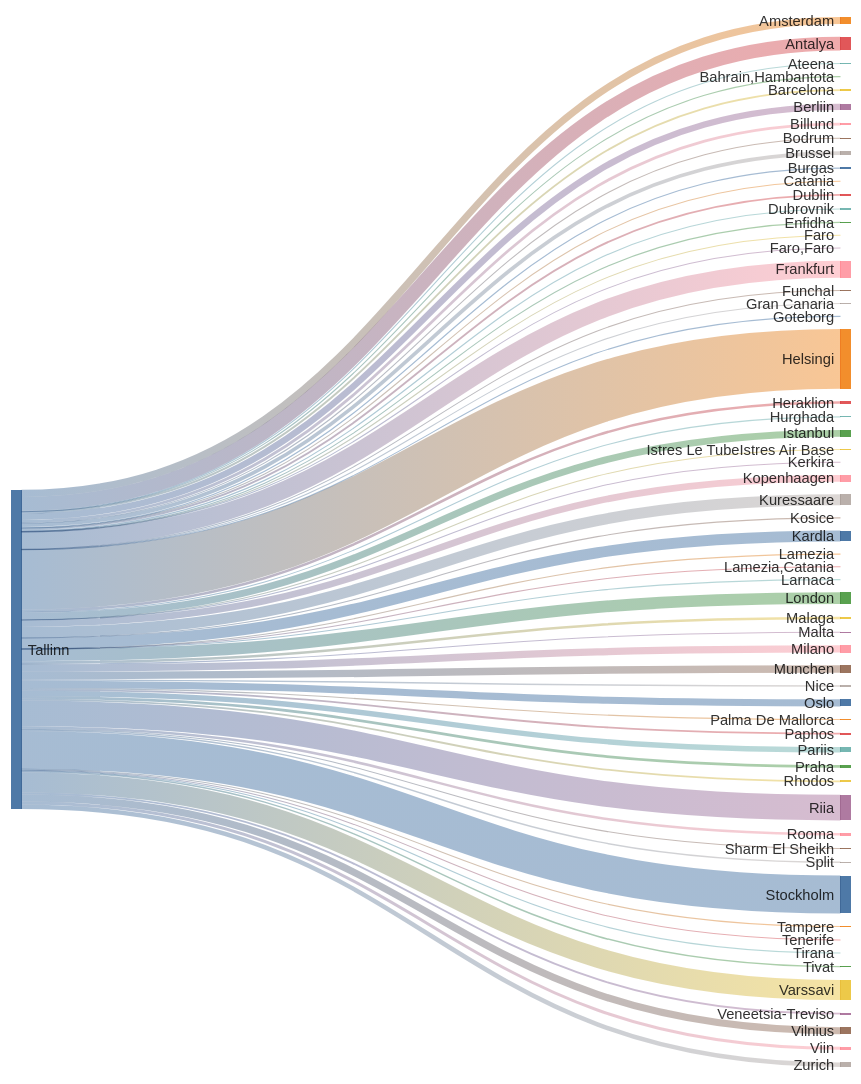
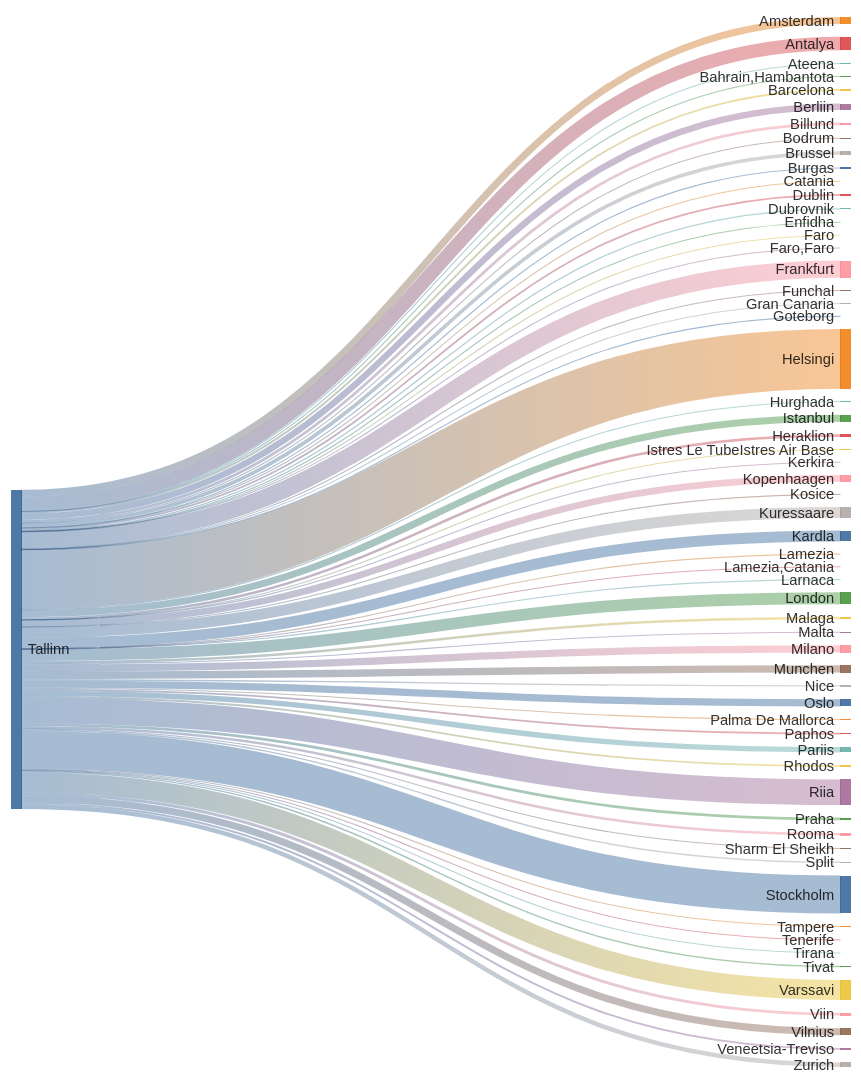
The second of 2 diagrams in README.md (rainermesi/tll-airport-departures), drawn with Mermaid before and after one commit. The commit also changed other lines of this file, not shown here.

````diff
--- a/README.md
+++ b/README.md
@@ -34,72 +34,72 @@
 ```mermaid
 ---
 config:
   sankey:
     showValues: false
     width: 800
     height: 1000
 ---
 sankey-beta
 %% source,target,value
-Tallinn,Amsterdam,126
+Tallinn,Amsterdam,127
 Tallinn,Antalya,247
 Tallinn,Ateena,16
 Tallinn,"Bahrain,Hambantota",1
-Tallinn,Barcelona,33
-Tallinn,Berliin,114
+Tallinn,Barcelona,34
+Tallinn,Berliin,115
 Tallinn,Billund,49
 Tallinn,Bodrum,11
-Tallinn,Brussel,65
+Tallinn,Brussel,66
 Tallinn,Burgas,21
 Tallinn,Catania,2
 Tallinn,Dublin,33
 Tallinn,Dubrovnik,21
 Tallinn,Enfidha,7
 Tallinn,Faro,4
 Tallinn,"Faro,Faro",1
-Tallinn,Frankfurt,306
+Tallinn,Frankfurt,309
 Tallinn,Funchal,5
-Tallinn,Gran Canaria,8
+Tallinn,Gran Canaria,9
 Tallinn,Goteborg,1
-Tallinn,Helsingi,1065
+Tallinn,Helsingi,1074
 Tallinn,Heraklion,46
 Tallinn,Hurghada,15
-Tallinn,Istanbul,123
+Tallinn,Istanbul,125
 Tallinn,Istres Le TubeIstres Air Base,2
 Tallinn,Kerkira,4
-Tallinn,Kopenhaagen,120
+Tallinn,Kopenhaagen,121
 Tallinn,Kosice,1
-Tallinn,Kuressaare,196
-Tallinn,Kardla,196
+Tallinn,Kuressaare,197
+Tallinn,Kardla,197
 Tallinn,Lamezia,1
 Tallinn,"Lamezia,Catania",3
 Tallinn,Larnaca,4
-Tallinn,London,210
+Tallinn,London,212
 Tallinn,Malaga,45
 Tallinn,Malta,15
-Tallinn,Milano,131
+Tallinn,Milano,132
 Tallinn,Munchen,133
 Tallinn,Nice,25
-Tallinn,Oslo,128
+Tallinn,Oslo,130
 Tallinn,Palma De Mallorca,19
 Tallinn,Paphos,32
-Tallinn,Pariis,95
+Tallinn,Pariis,96
 Tallinn,Praha,49
 Tallinn,Rhodos,32
-Tallinn,Riia,457
-Tallinn,Rooma,45
-Tallinn,Sharm El Sheikh,15
+Tallinn,Riia,461
+Tallinn,Rooma,46
+Tallinn,Sharm El Sheikh,16
 Tallinn,Split,25
-Tallinn,Stockholm,676
+Tallinn,Stockholm,680
 Tallinn,Tampere,17
 Tallinn,Tenerife,12
 Tallinn,Tirana,8
 Tallinn,Tivat,26
-Tallinn,Varssavi,359
-Tallinn,Veneetsia-Treviso,33
+Tallinn,Varssavi,362
+Tallinn,Veneetsia-Treviso,34
 Tallinn,Viin,53
-Tallinn,Vilnius,127
-Tallinn,Zurich,81
+Tallinn,Vilnius,128
+Tallinn,Zurich,82
 
 
 ```
````
